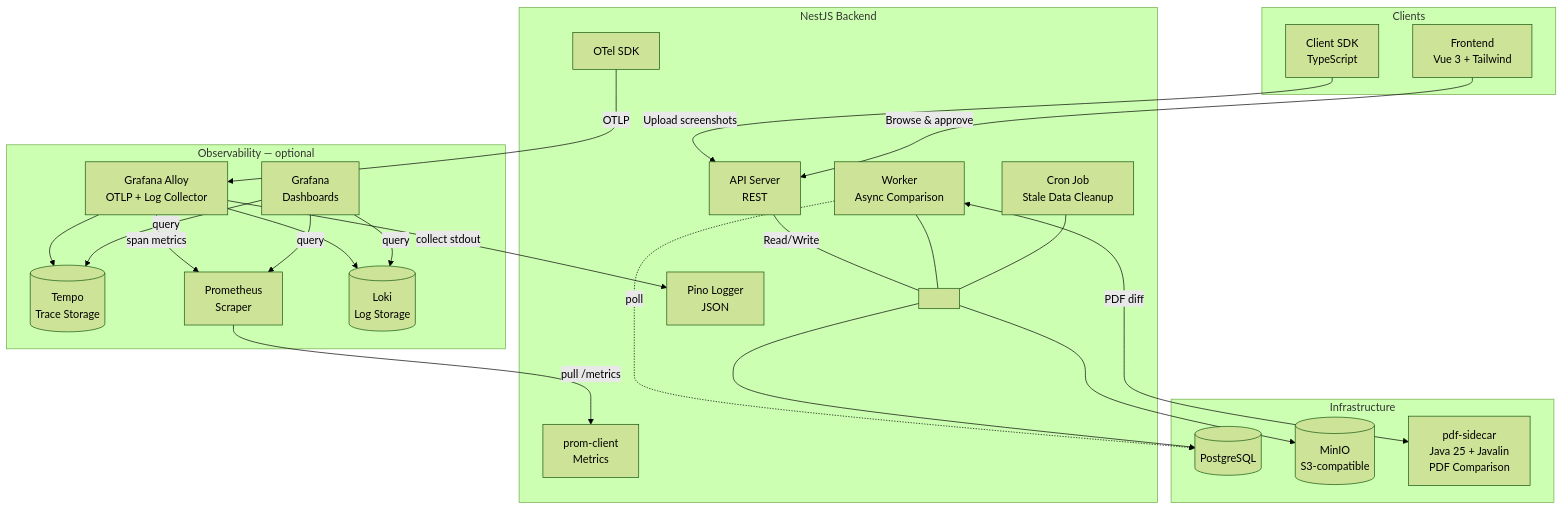
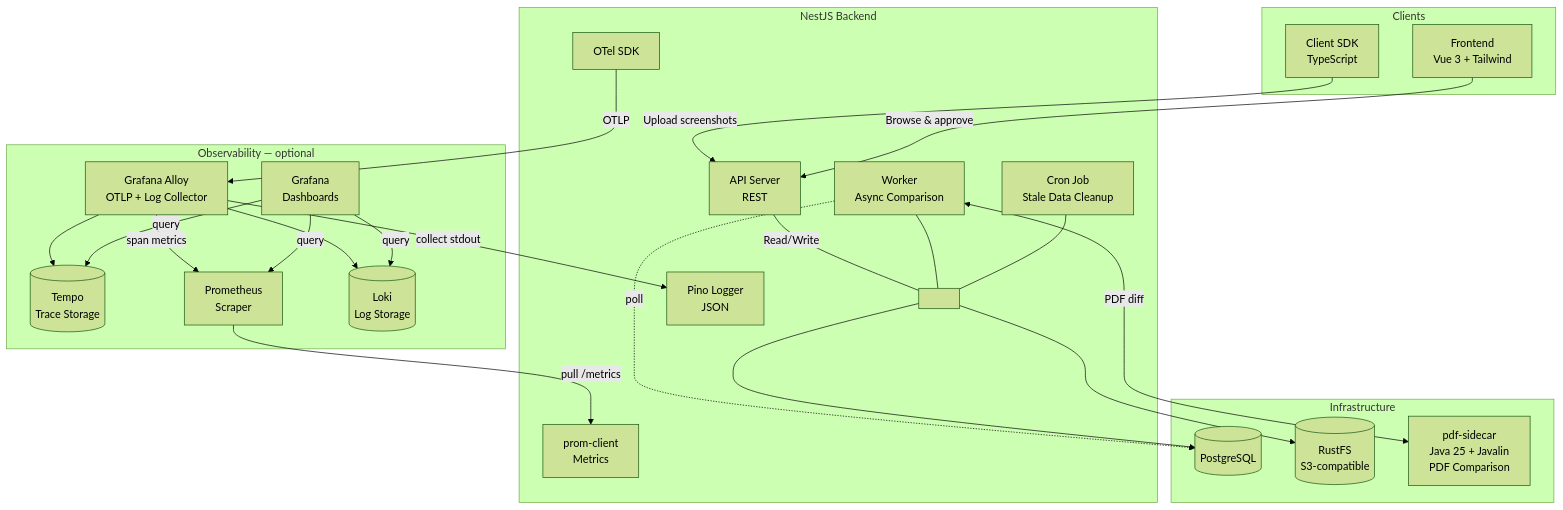
One commit to Fishkob/visual-regression changed the first of 4 diagrams in docs/architecture/overview.md. Above: the diagram before and after it, drawn with Mermaid (forest theme). The commit also changed other lines of this file and 1 other file, not shown here.

Commit message:
docs: rename MinIO references to RustFS in AGENTS.md and architecture overview

````diff
--- a/docs/architecture/overview.md
+++ b/docs/architecture/overview.md
@@ -5,57 +5,57 @@
 ```mermaid
 flowchart TB
     subgraph Clients
         SDK[Client SDK<br/>TypeScript]
         FE[Frontend<br/>Vue 3 + Tailwind]
     end
 
     subgraph Backend[NestJS Backend]
         API[API Server<br/>REST]
         WORK[Worker<br/>Async Comparison]
         CRON[Cron Job<br/>Stale Data Cleanup]
 
         BUS[ ]
         API ---|Read/Write| BUS
         WORK --- BUS
         CRON --- BUS
 
         OTel[OTel SDK]
         Prom[prom-client<br/>Metrics]
         Pino[Pino Logger<br/>JSON]
     end
 
     subgraph Infrastructure
         DB[(PostgreSQL)]
-        S3[(MinIO<br/>S3-compatible)]
+        S3[(RustFS<br/>S3-compatible)]
         PS[pdf-sidecar<br/>Java 25 + Javalin<br/>PDF Comparison]
     end
 
     subgraph Observability[Observability — optional]
         Alloy[Grafana Alloy<br/>OTLP + Log Collector]
         Tempo[(Tempo<br/>Trace Storage)]
         Prometheus[Prometheus<br/>Scraper]
         Loki[(Loki<br/>Log Storage)]
         Grafana[Grafana<br/>Dashboards]
     end
 
     SDK -->|Upload screenshots| API
     FE -->|Browse & approve| API
     WORK -.->|poll| DB
 
     BUS --> DB
     BUS --> S3
     WORK <-->|PDF diff| PS
 
     OTel -->|OTLP| Alloy
     Alloy --> Tempo
     Alloy -->|span metrics| Prometheus
 
     Prometheus -->|pull /metrics| Prom
 
     Alloy -->|collect stdout| Pino
     Alloy --> Loki
 
     Grafana -->|query| Tempo
     Grafana -->|query| Prometheus
     Grafana -->|query| Loki
 ```
````
